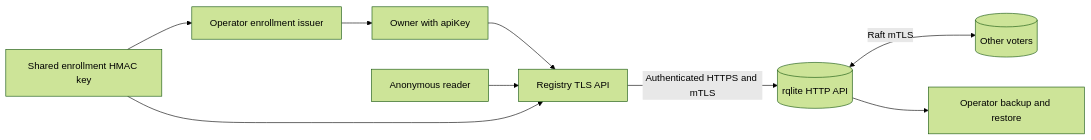
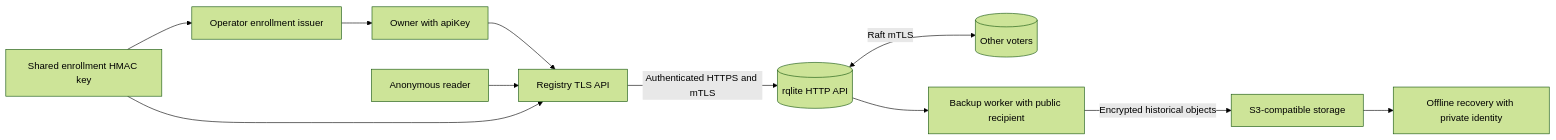
Before and after one commit to baander-app/baander: the diagram in docs-book/part-2-developer-guide/registry-threat-model.md, drawn with Mermaid (forest theme). The commit also changed other lines of this file and 7 other files, not shown here.

First line of the commit message:
test(registry): verify encrypted backup recovery and record delivery (U3)

````diff
--- a/docs-book/part-2-developer-guide/registry-threat-model.md
+++ b/docs-book/part-2-developer-guide/registry-threat-model.md
@@ -41,11 +41,13 @@
 ```mermaid
 flowchart LR
     Owner[Owner with apiKey] --> API[Registry TLS API]
     Reader[Anonymous reader] --> API
     Issuer[Operator enrollment issuer] --> Owner
     Key[Shared enrollment HMAC key] --> Issuer
     Key --> API
     API -->|Authenticated HTTPS and mTLS| DB[(rqlite HTTP API)]
     DB <-->|Raft mTLS| Peers[(Other voters)]
-    DB --> Backup[Operator backup and restore]
+    DB --> Backup[Backup worker with public recipient]
+    Backup -->|Encrypted historical objects| Store[S3-compatible storage]
+    Store --> Recovery[Offline recovery with private identity]
 ```
````
